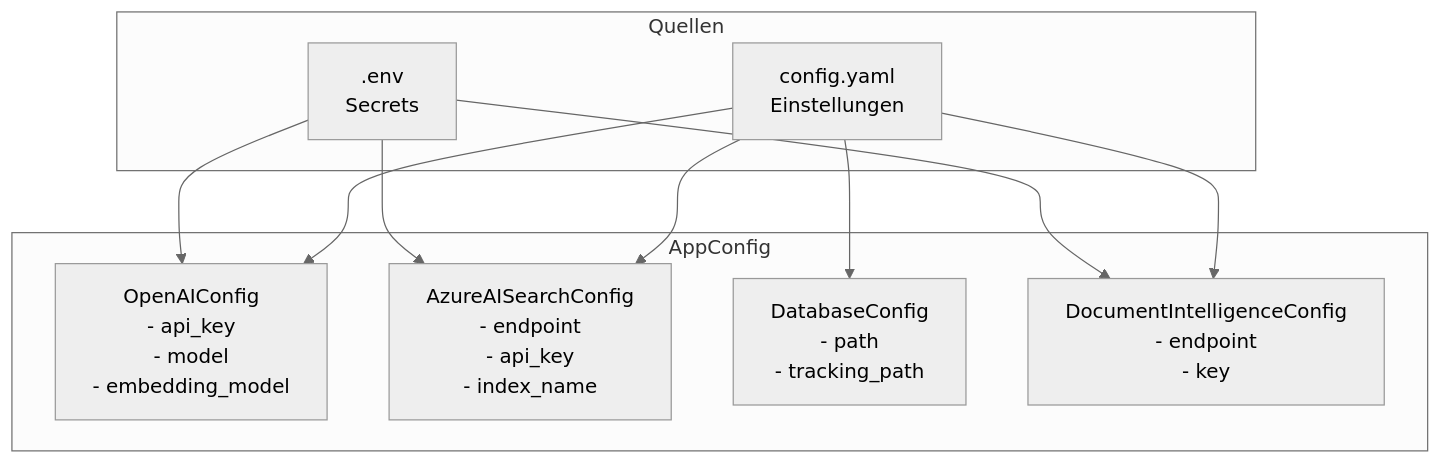
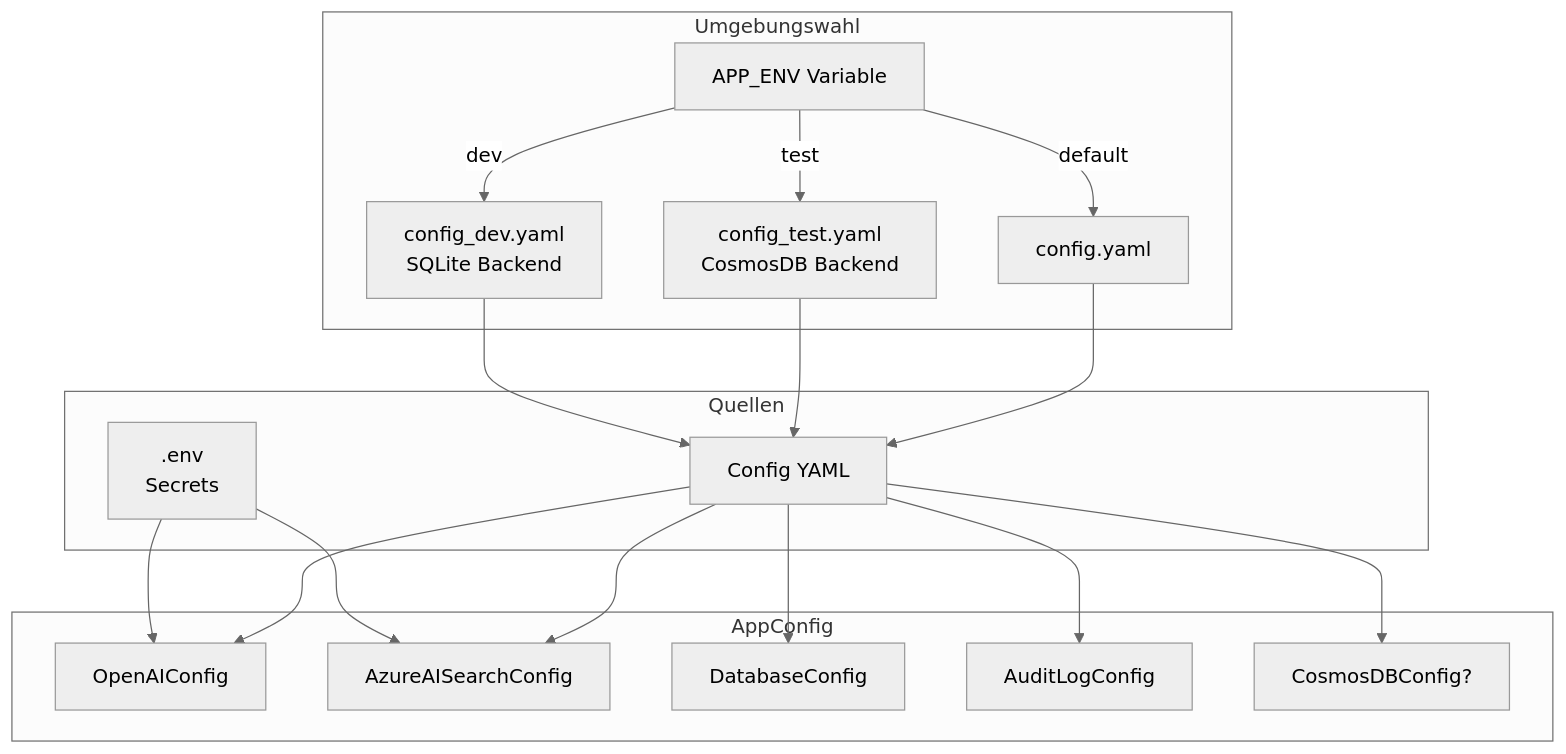
Diagram 12 of 14 in ARCHITECTURE.md (LR-Argentino/RagForEnterprise), drawn with Mermaid (neutral theme) before and after one commit. The commit also changed other lines of this file and 12 other files, not shown here.

Commit message:
add CosmosDB integration; implement async client and configure audit logging backend

````diff
--- a/ARCHITECTURE.md
+++ b/ARCHITECTURE.md
@@ -496,22 +544,34 @@
 ```mermaid
 flowchart TD
+    subgraph "Umgebungswahl"
+        APP_ENV[APP_ENV Variable]
+        APP_ENV -->|dev| DEV[config_dev.yaml<br/>SQLite Backend]
+        APP_ENV -->|test| TEST[config_test.yaml<br/>CosmosDB Backend]
+        APP_ENV -->|default| DEFAULT[config.yaml]
+    end
+
     subgraph "Quellen"
         ENV[.env<br/>Secrets]
-        YAML[config.yaml<br/>Einstellungen]
+        YAML[Config YAML]
     end
 
     subgraph "AppConfig"
-        OAI[OpenAIConfig<br/>- api_key<br/>- model<br/>- embedding_model]
-        AZ[AzureAISearchConfig<br/>- endpoint<br/>- api_key<br/>- index_name]
-        DB[DatabaseConfig<br/>- path<br/>- tracking_path]
-        DI[DocumentIntelligenceConfig<br/>- endpoint<br/>- key]
+        OAI[OpenAIConfig]
+        AZ[AzureAISearchConfig]
+        DB[DatabaseConfig]
+        AUDIT[AuditLogConfig]
+        COSMOS[CosmosDBConfig?]
     end
+
+    DEV --> YAML
+    TEST --> YAML
+    DEFAULT --> YAML
 
     ENV --> OAI
     ENV --> AZ
-    ENV --> DI
     YAML --> OAI
     YAML --> AZ
     YAML --> DB
-    YAML --> DI
+    YAML --> AUDIT
+    YAML --> COSMOS
 ```
````
